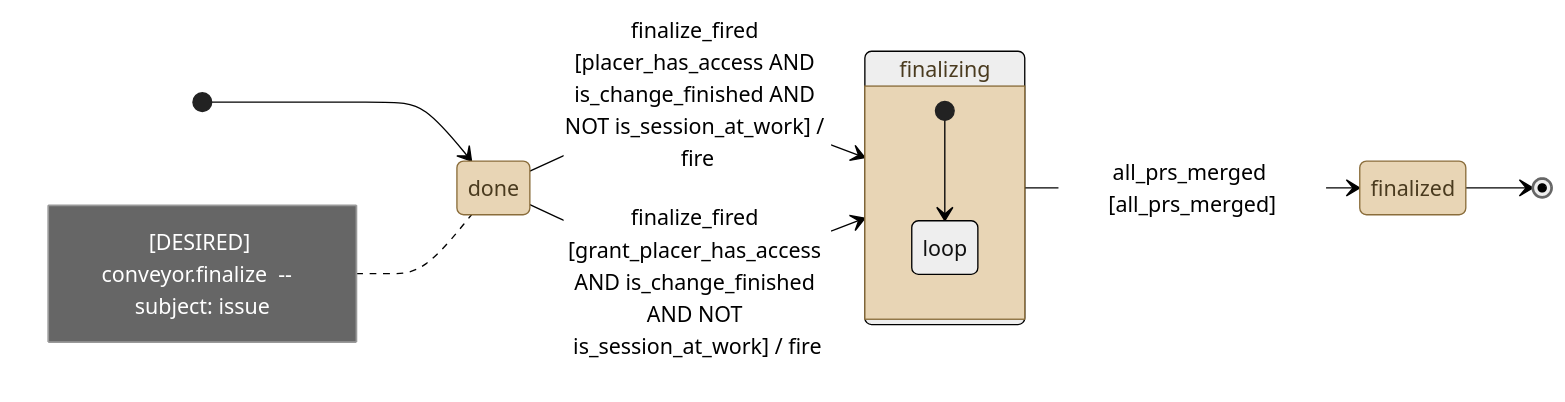
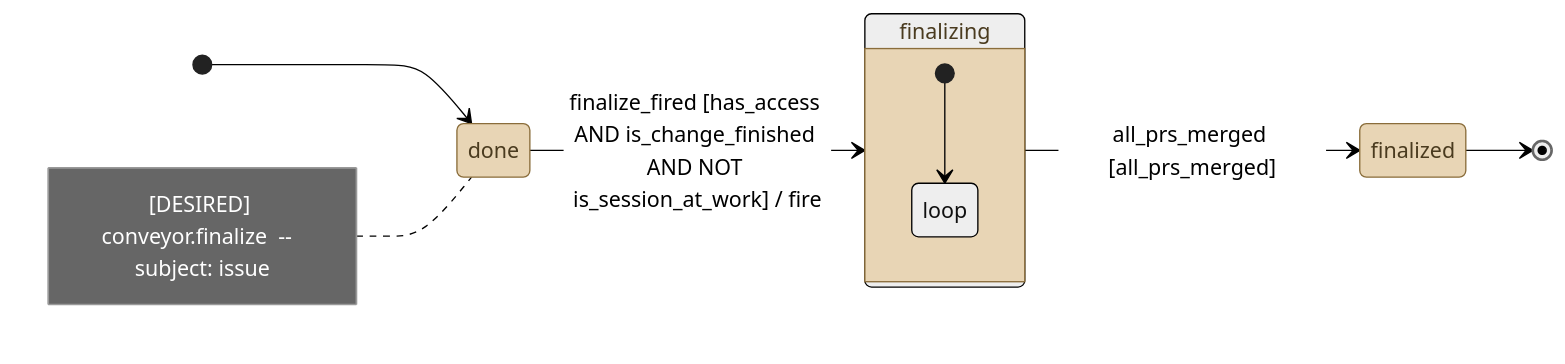
Before and after one commit to kostiantyn-matsebora/agent-ops-operator: the diagram in .github/conveyor-model/mermaid/desired/conveyor_finalize.mmd, drawn with Mermaid (neutral theme). The commit also changed 2 other files, not shown here.

Commit message:
fix(conveyor): drop placer/grant_placer, bare has_access everywhere
placer and grant_placer are implementation details -- GitHub label
placement mechanics -- that do not belong in a desired workflow at this
level of abstraction. The fork they forced (two transitions, same event,
same destination, split only by which actor's access to check) encoded
"who placed the label" rather than the real abstract fact: does whoever
or whatever is asking have the authority to do this.

Collapsed to one bare predicate, has_access, with no fork, everywhere the
pattern appeared -- conveyor.implement's ready and implementing entry
guards, and conveyor.finalize's done entry guard. Six transitions become
three.

```diff
--- a/.github/conveyor-model/mermaid/desired/conveyor_finalize.mmd
+++ b/.github/conveyor-model/mermaid/desired/conveyor_finalize.mmd
@@ -1,20 +1,19 @@
 stateDiagram-v2
     direction LR
     [*] --> done
     note left of done
         [DESIRED] conveyor.finalize  --  subject: issue
     end note
     classDef stationState fill:#e8d5b5,stroke:#8a6d3b,color:#4a3b1f
     classDef loopState fill:#c9e4de,stroke:#2f6b5e,color:#1a3b33
     state done
     state finalizing
     state finalized
-    done --> finalizing : finalize_fired [placer_has_access AND is_change_finished AND NOT is_session_at_work] / fire
-    done --> finalizing : finalize_fired [grant_placer_has_access AND is_change_finished AND NOT is_session_at_work] / fire
+    done --> finalizing : finalize_fired [has_access AND is_change_finished AND NOT is_session_at_work] / fire
     finalizing --> finalized : all_prs_merged [all_prs_merged]
     finalized --> [*]
     class done, finalizing, finalized stationState
     state finalizing {
         [*] --> loop
         state "loop" as loop
     }
```
